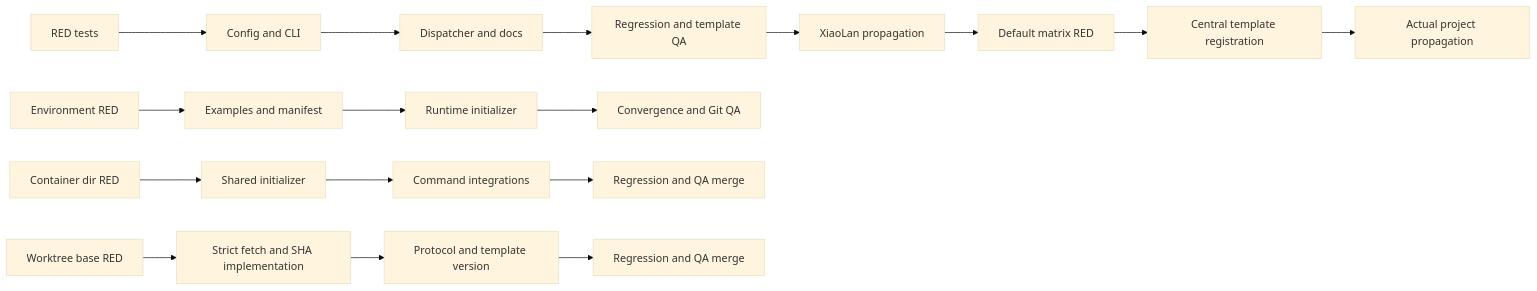
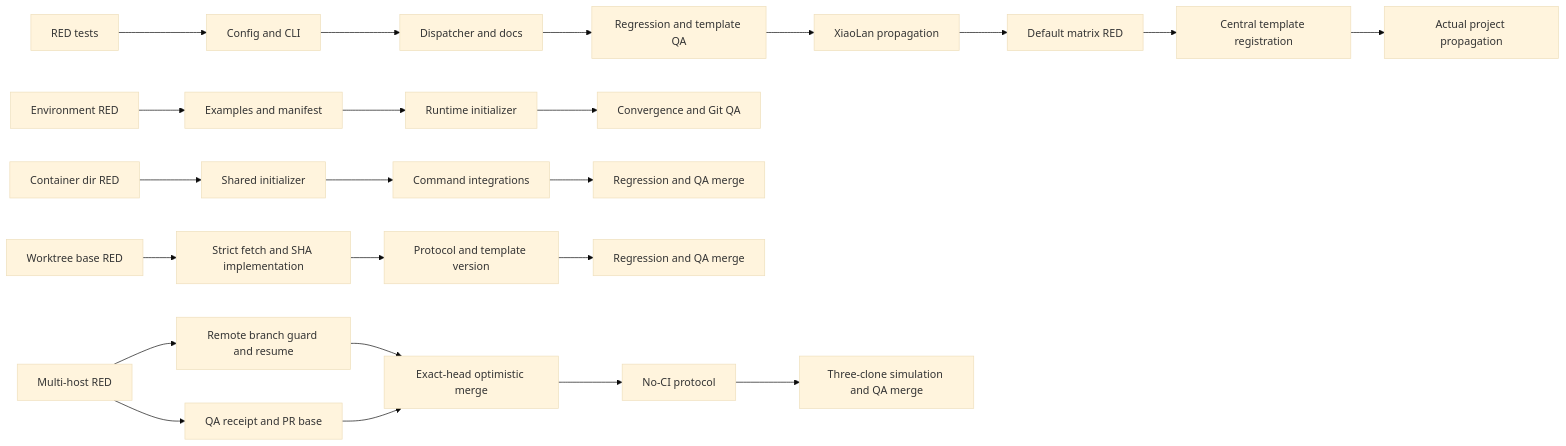
Before and after one commit to hollisyao2024/PromptsEngineering: the diagram in docs/TASK.md, drawn with Mermaid (base theme). The commit also changed other lines of this file and 38 other files, not shown here.

First line of the commit message:
feat(cmdsurf): add multi-host optimistic git safeguards (#69)

````diff
--- a/docs/TASK.md
+++ b/docs/TASK.md
@@ -33,19 +34,25 @@
 ```mermaid
 flowchart LR
   T1[RED tests] --> T2[Config and CLI]
   T2 --> T3[Dispatcher and docs]
   T3 --> T4[Regression and template QA]
   T4 --> T5[XiaoLan propagation]
   T5 --> T6[Default matrix RED]
   T6 --> T7[Central template registration]
   T7 --> T8[Actual project propagation]
   E1[Environment RED] --> E2[Examples and manifest]
   E2 --> E3[Runtime initializer]
   E3 --> E4[Convergence and Git QA]
   C1[Container dir RED] --> C2[Shared initializer]
   C2 --> C3[Command integrations]
   C3 --> C4[Regression and QA merge]
   W1[Worktree base RED] --> W2[Strict fetch and SHA implementation]
   W2 --> W3[Protocol and template version]
   W3 --> W4[Regression and QA merge]
+  H1[Multi-host RED] --> H2[Remote branch guard and resume]
+  H1 --> H3[QA receipt and PR base]
+  H2 --> H4[Exact-head optimistic merge]
+  H3 --> H4
+  H4 --> H5[No-CI protocol]
+  H5 --> H6[Three-clone simulation and QA merge]
 ```
````
